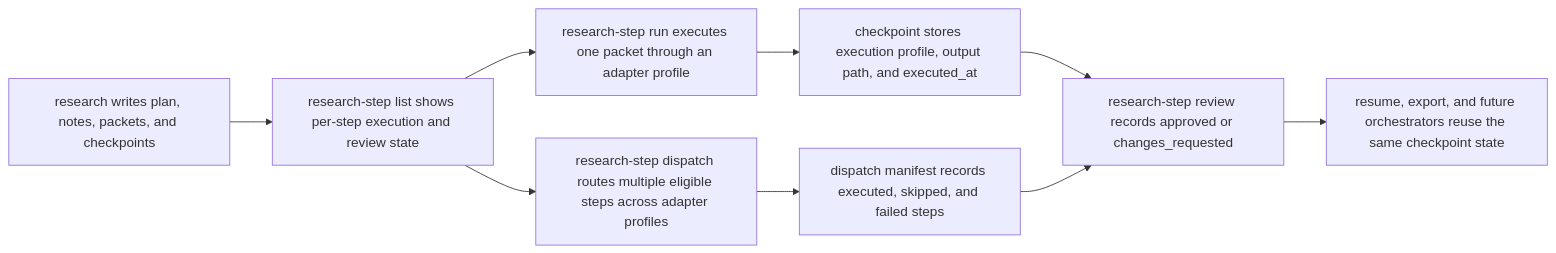
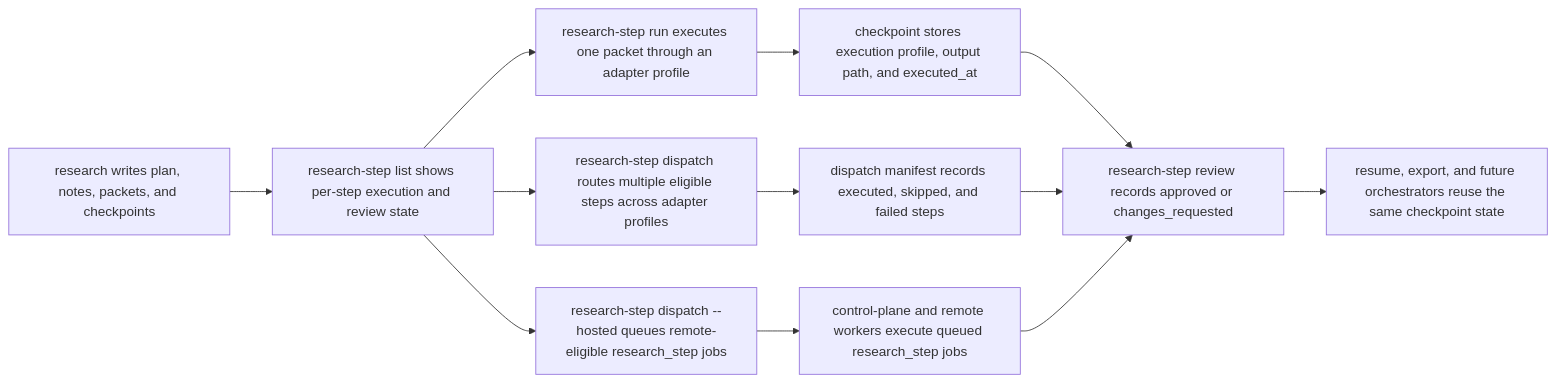
One commit to shrijacked/Cognisync changed the third of 3 diagrams in docs/operator-workflows.md. Above: the diagram before and after it, drawn with Mermaid. The commit also changed other lines of this file and 8 other files, not shown here.

Commit message:
feat: queue hosted research step jobs

````diff
--- a/docs/operator-workflows.md
+++ b/docs/operator-workflows.md
@@ -703,11 +706,14 @@
 ```mermaid
 flowchart LR
     A["research writes plan, notes, packets, and checkpoints"] --> B["research-step list shows per-step execution and review state"]
     B --> C["research-step run executes one packet through an adapter profile"]
     B --> C2["research-step dispatch routes multiple eligible steps across adapter profiles"]
+    B --> C3["research-step dispatch --hosted queues remote-eligible research_step jobs"]
     C --> D["checkpoint stores execution profile, output path, and executed_at"]
     C2 --> D2["dispatch manifest records executed, skipped, and failed steps"]
+    C3 --> D3["control-plane and remote workers execute queued research_step jobs"]
     D --> E["research-step review records approved or changes_requested"]
     D2 --> E
+    D3 --> E
     E --> F["resume, export, and future orchestrators reuse the same checkpoint state"]
 ```
````
